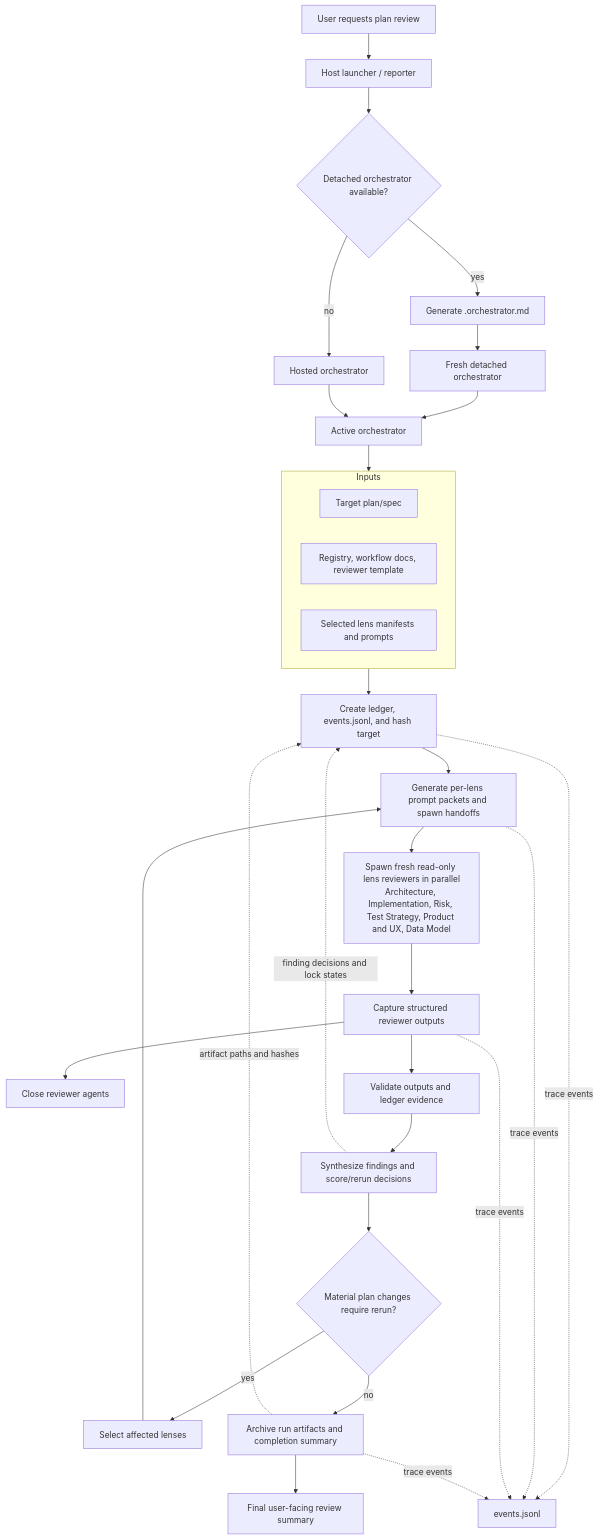
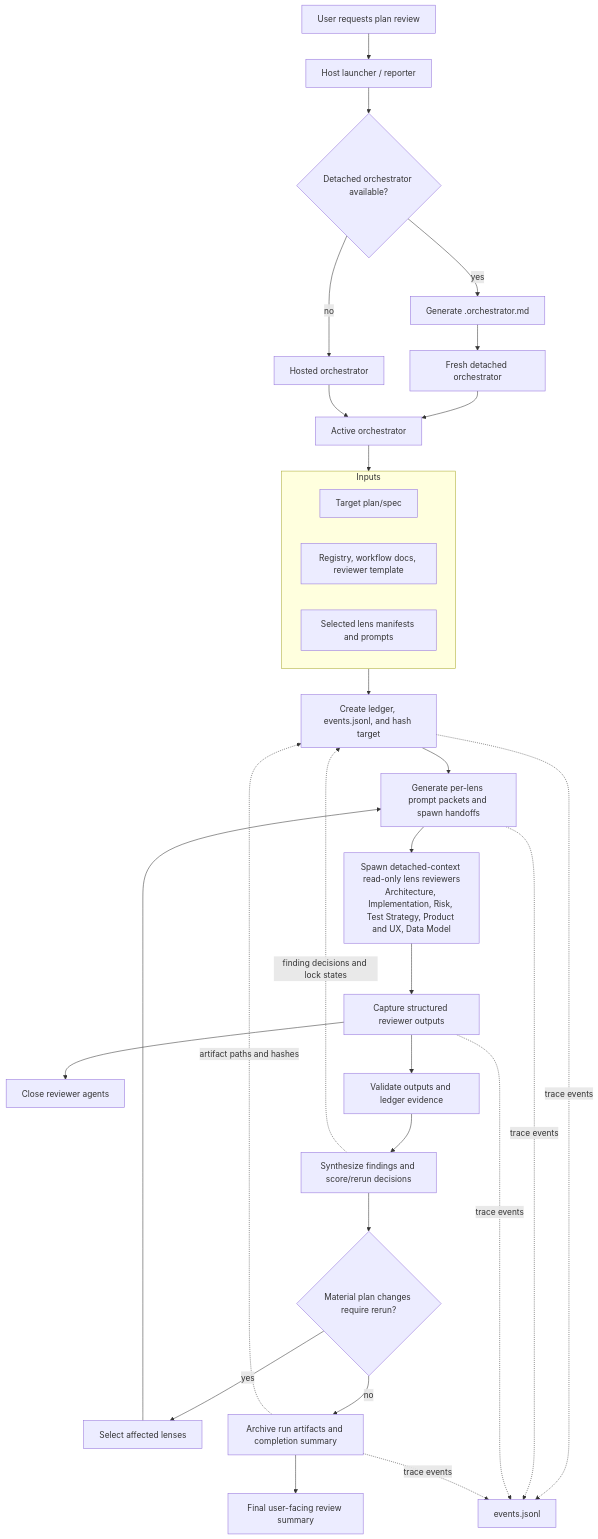
Before and after one commit to 540lyle/lens-temper: the diagram in docs/agent-flow.md, drawn with Mermaid. The commit also changed other lines of this file and 24 other files, not shown here.

````diff
--- a/docs/agent-flow.md
+++ b/docs/agent-flow.md
@@ -10,42 +10,42 @@
 ```mermaid
 flowchart TD
   User["User requests plan review"] --> Launcher["Host launcher / reporter"]
   Launcher --> Mode{"Detached orchestrator available?"}
   Mode -- yes --> Packet["Generate <pass-id>.orchestrator.md"]
   Packet --> Detached["Fresh detached orchestrator"]
   Mode -- no --> Hosted["Hosted orchestrator"]
   Detached --> Orchestrator["Active orchestrator"]
   Hosted --> Orchestrator
 
   subgraph Inputs["Inputs"]
     Target["Target plan/spec"]
     Registry["Registry, workflow docs, reviewer template"]
     Lenses["Selected lens manifests and prompts"]
   end
 
   Orchestrator --> Inputs
   Inputs --> Prep["Create ledger, events.jsonl, and hash target"]
   Prep --> Generate["Generate per-lens prompt packets and spawn handoffs"]
 
-  Generate --> Wave["Spawn fresh read-only lens reviewers in parallel<br/>Architecture, Implementation, Risk, Test Strategy, Product and UX, Data Model"]
+  Generate --> Wave["Spawn detached-context read-only lens reviewers<br/>Architecture, Implementation, Risk, Test Strategy, Product and UX, Data Model"]
 
   Wave --> Outputs["Capture structured reviewer outputs"]
   Outputs --> Close["Close reviewer agents"]
   Outputs --> Validate["Validate outputs and ledger evidence"]
 
   Validate --> Synthesis["Synthesize findings and score/rerun decisions"]
   Synthesis --> Rerun{"Material plan changes require rerun?"}
 
   Rerun -- yes --> Affected["Select affected lenses"]
   Affected --> Generate
 
   Rerun -- no --> Archive["Archive run artifacts and completion summary"]
   Archive --> Final["Final user-facing review summary"]
 
   Synthesis -. "finding decisions and lock states" .-> Prep
   Archive -. "artifact paths and hashes" .-> Prep
   Prep -. "trace events" .-> Trace["events.jsonl"]
   Generate -. "trace events" .-> Trace
   Outputs -. "trace events" .-> Trace
   Archive -. "trace events" .-> Trace
 ```
````
